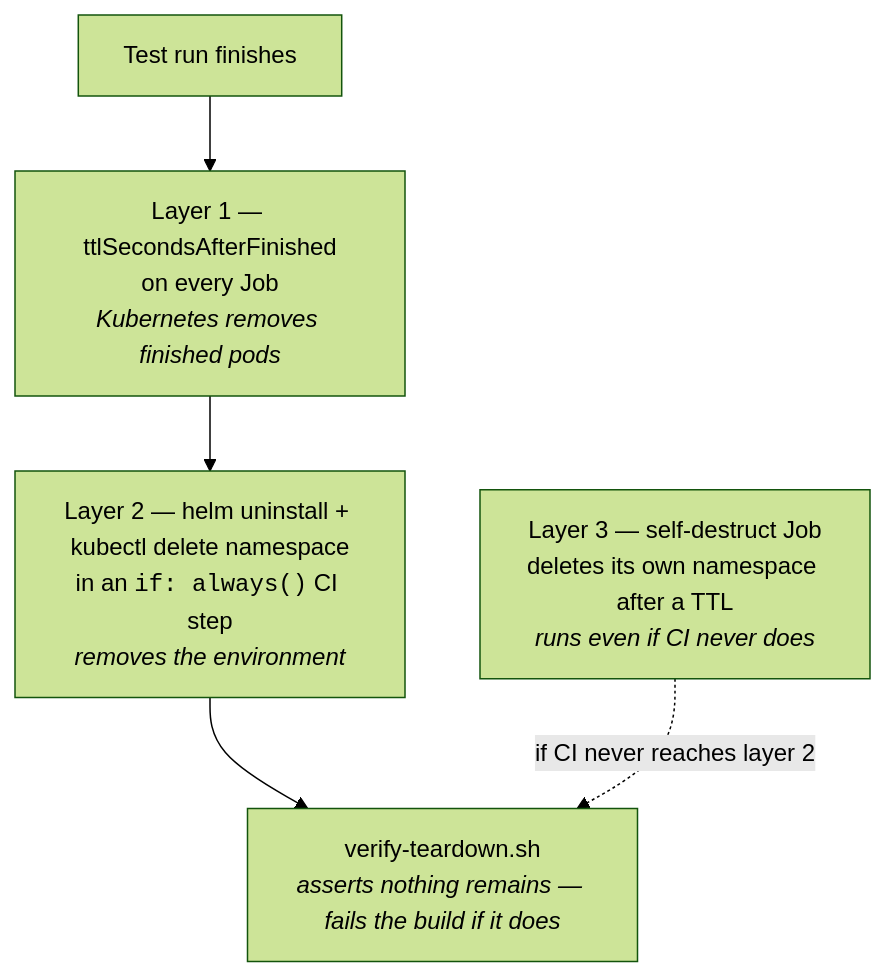
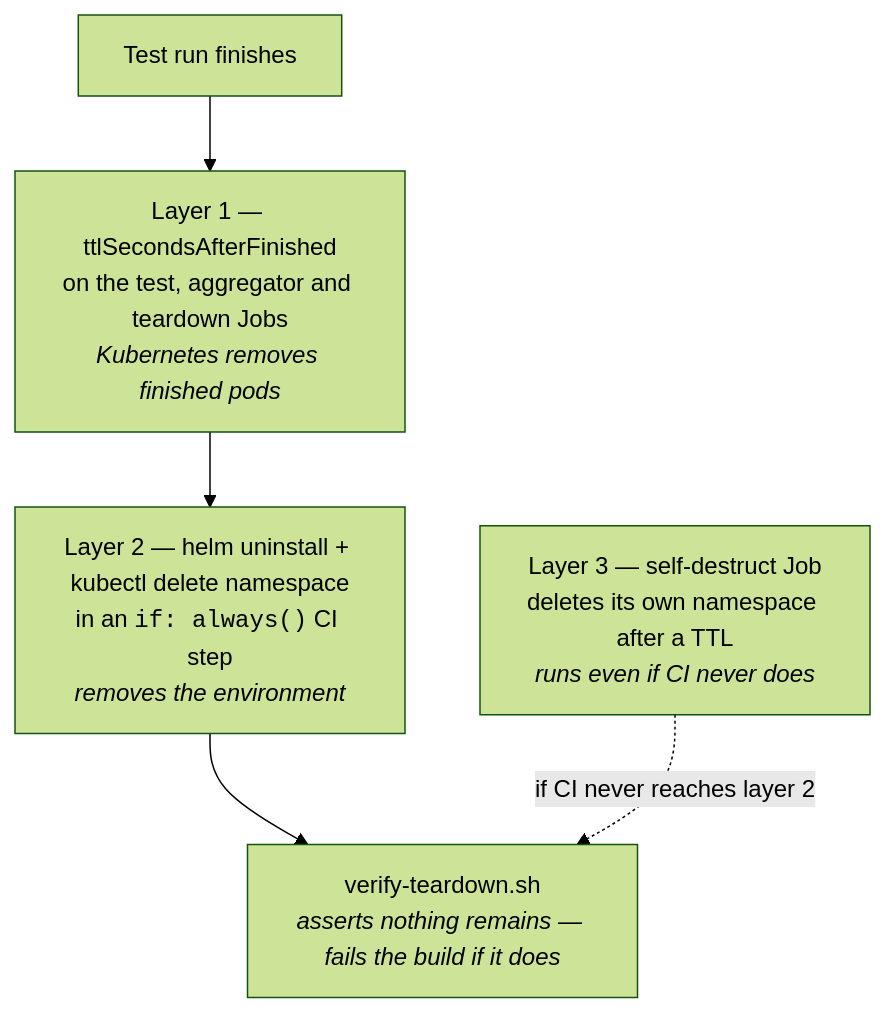
One commit to AKogut/ephemeral-k8s-test-envs changed the diagram in docs/cost-and-cleanup.md. Above: the diagram before and after it, drawn with Mermaid (forest theme). The commit also changed other lines of this file and 18 other files, not shown here.

````diff
--- a/docs/cost-and-cleanup.md
+++ b/docs/cost-and-cleanup.md
@@ -21,12 +22,12 @@
 ```mermaid
 flowchart TD
     RUN[Test run finishes] --> L1
 
-    L1["Layer 1 — ttlSecondsAfterFinished<br/>on every Job<br/><i>Kubernetes removes finished pods</i>"]
+    L1["Layer 1 — ttlSecondsAfterFinished<br/>on the test, aggregator and teardown Jobs<br/><i>Kubernetes removes finished pods</i>"]
     L2["Layer 2 — helm uninstall + kubectl delete namespace<br/>in an <code>if: always()</code> CI step<br/><i>removes the environment</i>"]
     L3["Layer 3 — self-destruct Job<br/>deletes its own namespace after a TTL<br/><i>runs even if CI never does</i>"]
     V["verify-teardown.sh<br/><i>asserts nothing remains — fails the build if it does</i>"]
 
     L1 --> L2 --> V
     L3 -.->|"if CI never reaches layer 2"| V
 ```
````
